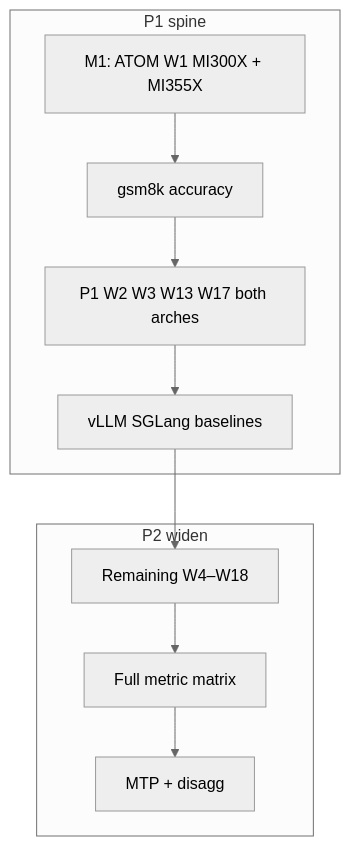
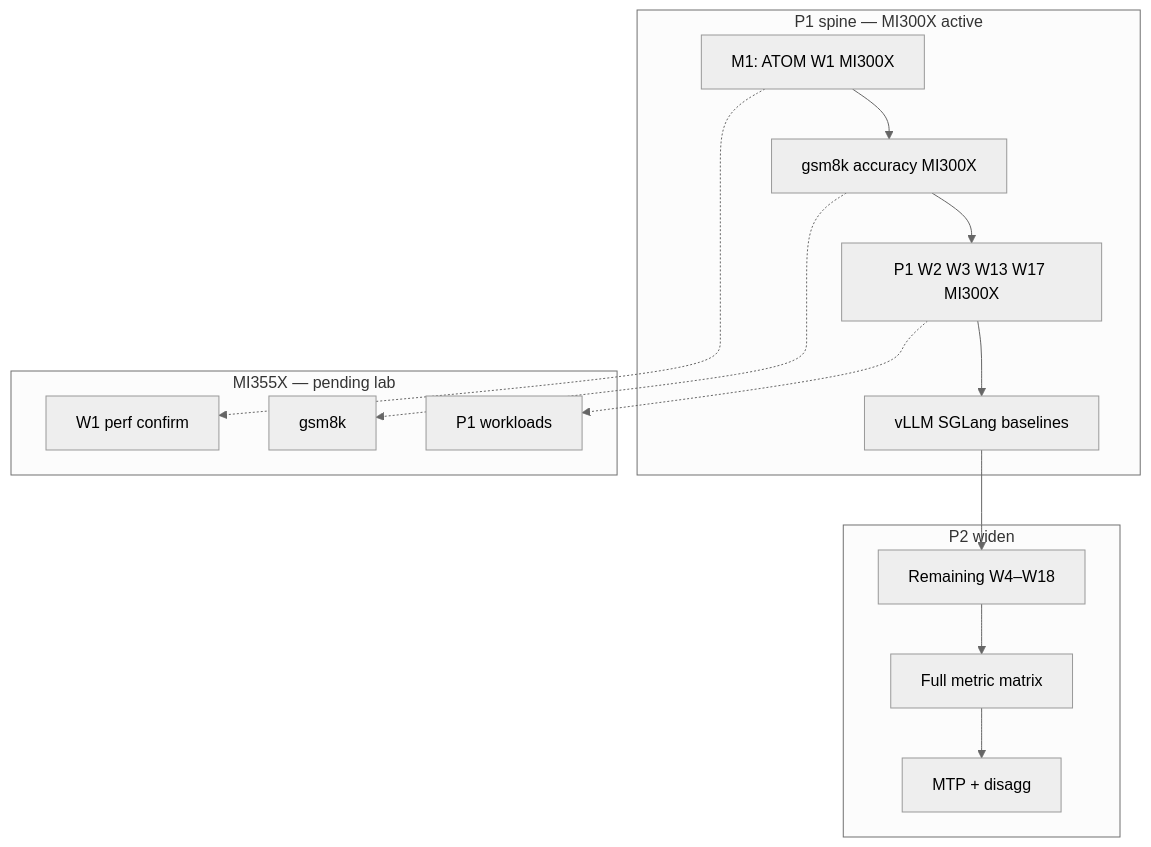
The sixth of 6 diagrams in plans/inferencex-atom-cvs-automation-plan.md (ROCm/cvs), drawn with Mermaid (neutral theme) before and after one commit. The commit also changed other lines of this file, not shown here.

First line of the commit message:
docs(plan): MI355X lab pending without blocking MI300X spine.

````diff
--- a/plans/inferencex-atom-cvs-automation-plan.md
+++ b/plans/inferencex-atom-cvs-automation-plan.md
@@ -515,16 +531,24 @@
 ```mermaid
 flowchart TB
-  subgraph spine["P1 spine"]
-    S1["M1: ATOM W1 MI300X + MI355X"]
-    S2["gsm8k accuracy"]
-    S3["P1 W2 W3 W13 W17 both arches"]
+  subgraph spine["P1 spine — MI300X active"]
+    S1["M1: ATOM W1 MI300X"]
+    S2["gsm8k accuracy MI300X"]
+    S3["P1 W2 W3 W13 W17 MI300X"]
     S4["vLLM SGLang baselines"]
+  end
+  subgraph pending["MI355X — pending lab"]
+    P1["W1 perf confirm"]
+    P2["gsm8k"]
+    P3["P1 workloads"]
   end
   subgraph widen["P2 widen"]
     W1["Remaining W4–W18"]
     W2["Full metric matrix"]
     W3["MTP + disagg"]
   end
   S1 --> S2 --> S3 --> S4
   S4 --> W1 --> W2 --> W3
+  S1 -.-> P1
+  S2 -.-> P2
+  S3 -.-> P3
 ```
````
